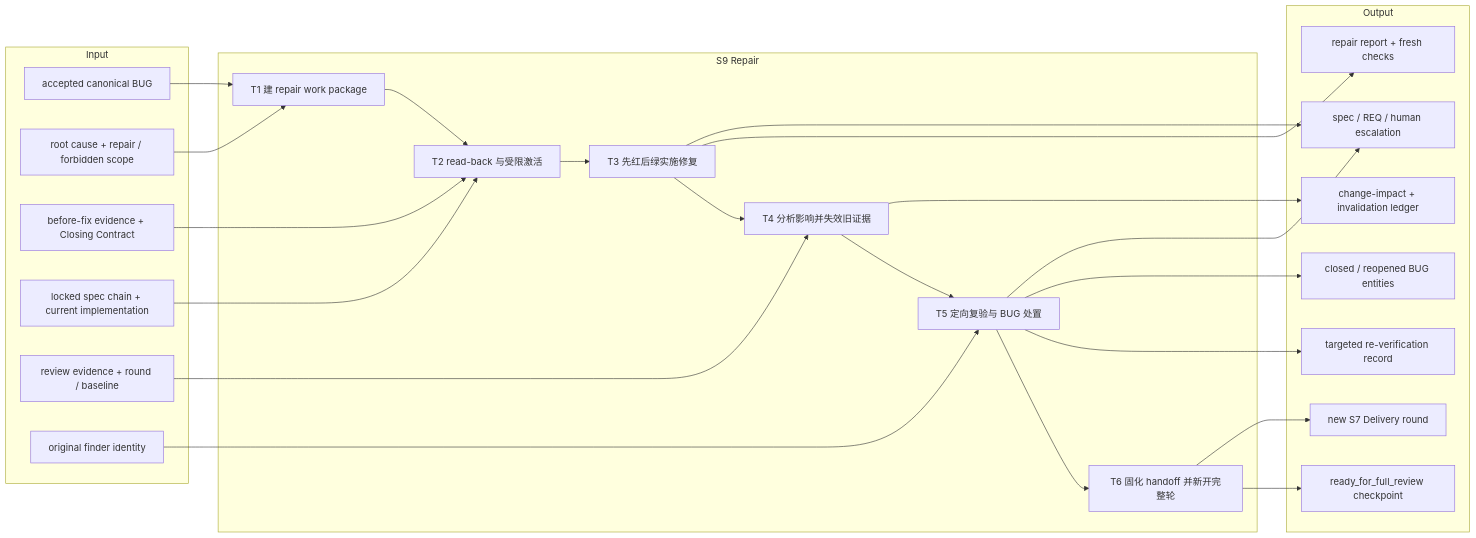
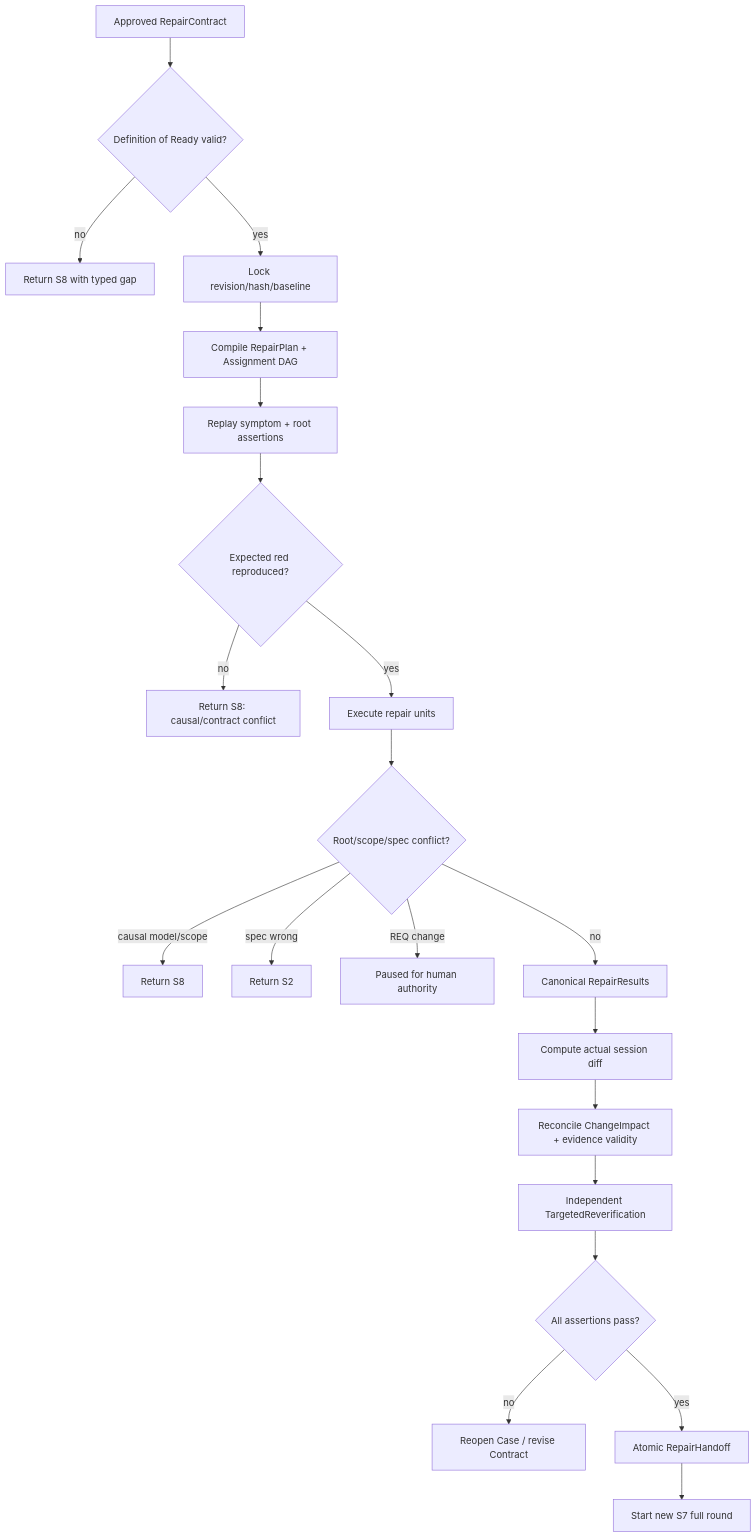
Before and after one commit to Sebs-Lee/go-system-builder: the third of 3 diagrams in blueprint/L3-S9-repair.md, drawn with Mermaid. The commit also changed other lines of this file and 10 other files, not shown here.

````diff
--- a/blueprint/L3-S9-repair.md
+++ b/blueprint/L3-S9-repair.md
@@ -35,44 +326,23 @@
 ```mermaid
-flowchart LR
-    subgraph INPUT["Input"]
-        I1["accepted canonical BUG"]
-        I2["root cause + repair / forbidden scope"]
-        I3["before-fix evidence + Closing Contract"]
-        I4["locked spec chain + current implementation"]
-        I5["review evidence + round / baseline"]
-        I6["original finder identity"]
-    end
-
-    subgraph S9["S9 Repair"]
-        T1["T1 建 repair work package"] --> T2["T2 read-back 与受限激活"]
-        T2 --> T3["T3 先红后绿实施修复"]
-        T3 --> T4["T4 分析影响并失效旧证据"]
-        T4 --> T5["T5 定向复验与 BUG 处置"]
-        T5 --> T6["T6 固化 handoff 并新开完整轮"]
-    end
-
-    subgraph OUTPUT["Output"]
-        O1["repair report + fresh checks"]
-        O2["change-impact + invalidation ledger"]
-        O3["targeted re-verification record"]
-        O4["closed / reopened BUG entities"]
-        O5["ready_for_full_review checkpoint"]
-        O6["new S7 Delivery round"]
-        O7["spec / REQ / human escalation"]
-    end
-
-    I1 --> T1
-    I2 --> T1
-    I3 --> T2
-    I4 --> T2
-    I5 --> T4
-    I6 --> T5
-    T3 --> O1
-    T4 --> O2
-    T5 --> O3
-    T5 --> O4
-    T6 --> O5
-    T6 --> O6
-    T3 --> O7
-    T5 --> O7
+flowchart TD
+    IN["Approved RepairContract"] --> DOR{"Definition of Ready valid?"}
+    DOR -->|"no"| S8A["Return S8 with typed gap"]
+    DOR -->|"yes"| LOCK["Lock revision/hash/baseline"]
+    LOCK --> PLAN["Compile RepairPlan + Assignment DAG"]
+    PLAN --> RED["Replay symptom + root assertions"]
+    RED --> REDOK{"Expected red reproduced?"}
+    REDOK -->|"no"| S8B["Return S8: causal/contract conflict"]
+    REDOK -->|"yes"| EXEC["Execute repair units"]
+    EXEC --> CONFLICT{"Root/scope/spec conflict?"}
+    CONFLICT -->|"causal model/scope"| S8C["Return S8"]
+    CONFLICT -->|"spec wrong"| S2["Return S2"]
+    CONFLICT -->|"REQ change"| PAUSE["Paused for human authority"]
+    CONFLICT -->|"no"| RESULTS["Canonical RepairResults"]
+    RESULTS --> DIFF["Compute actual session diff"]
+    DIFF --> IMPACT["Reconcile ChangeImpact + evidence validity"]
+    IMPACT --> TARGET["Independent TargetedReverification"]
+    TARGET --> PASS{"All assertions pass?"}
+    PASS -->|"no"| S8D["Reopen Case / revise Contract"]
+    PASS -->|"yes"| HANDOFF["Atomic RepairHandoff"]
+    HANDOFF --> S7["Start new S7 full round"]
 ```
````
